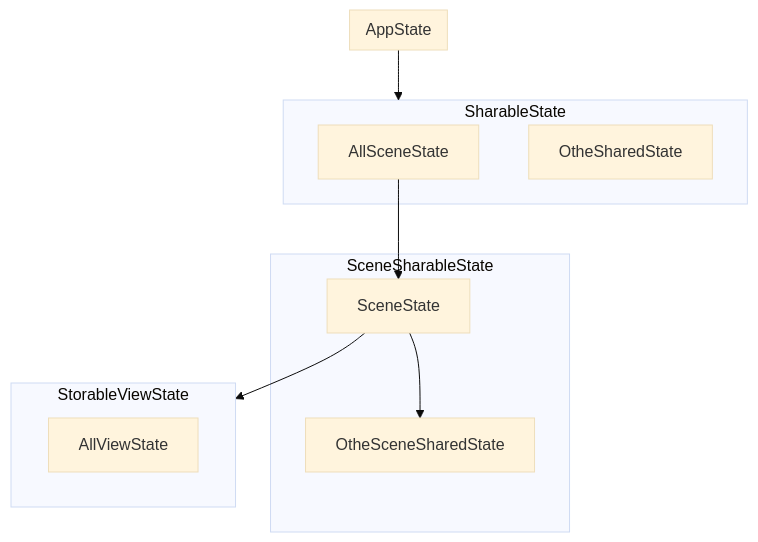
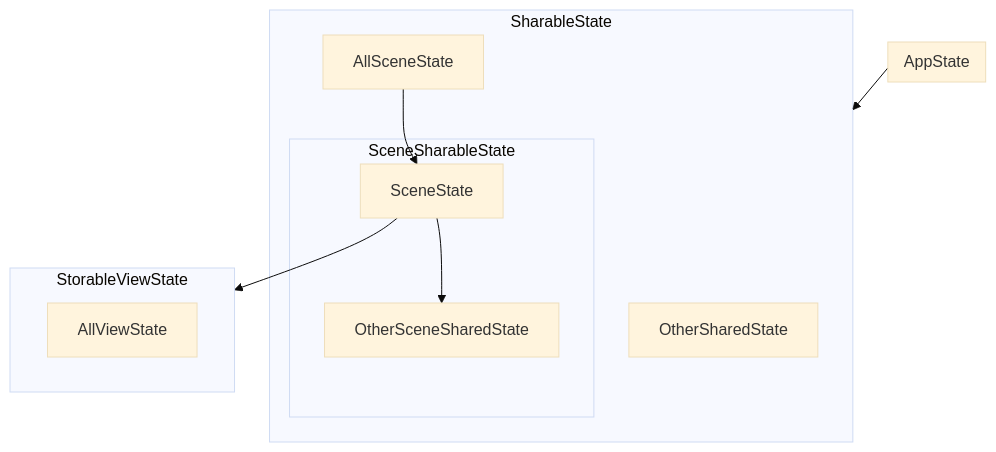
The diagram in README.md (miejoy/view-flow), drawn with Mermaid (base theme) before and after one commit. The commit also changed other lines of this file and 14 other files, not shown here.

Commit message:
SceneSharedState 整合到 SharedState 中

````diff
--- a/README.md
+++ b/README.md
@@ -50,19 +50,19 @@
 ```mermaid
 flowchart TD
 subgraph AppState
 end
 AppState --> SharedState
 subgraph SharedState[SharableState]
+OtherSharedState
 AllSceneState
-OtheSharedState
-end
 AllSceneState --> SceneState
 subgraph SceneSharedState[SceneSharableState]
-SceneState --> OtheSceneSharedState
+SceneState --> OtherSceneSharedState
+end
 end
 SceneState --> ViewState
 subgraph ViewState[StorableViewState]
 AllViewState
 end
 
 ```
````
